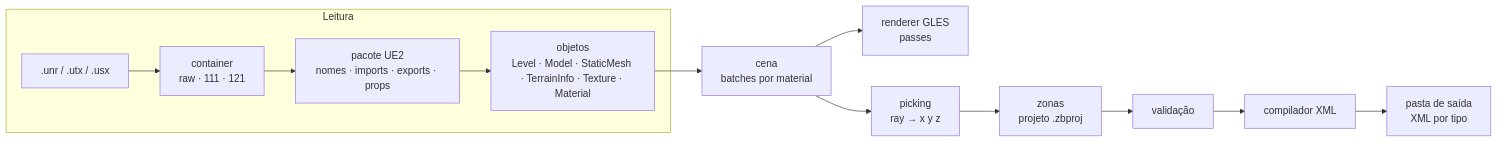
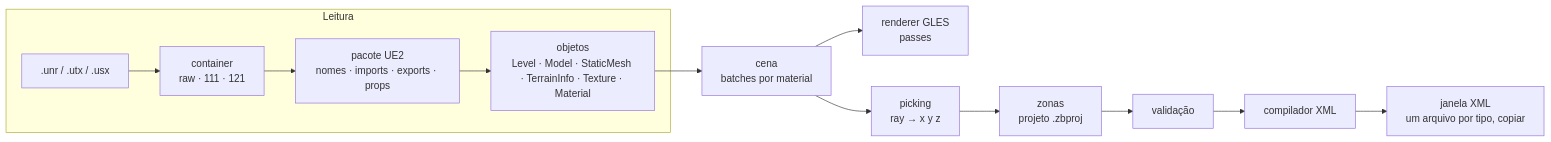
Before and after one commit to majestic-world/ZoneBuilder: the diagram in docs/plan.md, drawn with Mermaid. The commit also changed other lines of this file and 14 other files, not shown here.

First line of the commit message:
feat: compilação abre o XML numa janela para copiar

````diff
--- a/docs/plan.md
+++ b/docs/plan.md
@@ -52,15 +52,15 @@
 ```mermaid
 flowchart LR
   subgraph Leitura
     A[".unr / .utx / .usx"] --> B["container<br/>raw · 111 · 121"]
     B --> C["pacote UE2<br/>nomes · imports · exports · props"]
     C --> D["objetos<br/>Level · Model · StaticMesh · TerrainInfo · Texture · Material"]
   end
   D --> E["cena<br/>batches por material"]
   E --> F["renderer GLES<br/>passes"]
   E --> G["picking<br/>ray → x y z"]
   G --> H["zonas<br/>projeto .zbproj"]
   H --> J["validação"]
   J --> K["compilador XML"]
-  K --> L["pasta de saída<br/>XML por tipo"]
+  K --> L["janela XML<br/>um arquivo por tipo, copiar"]
 ```
````
